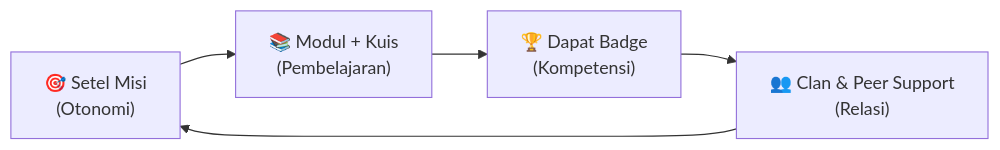
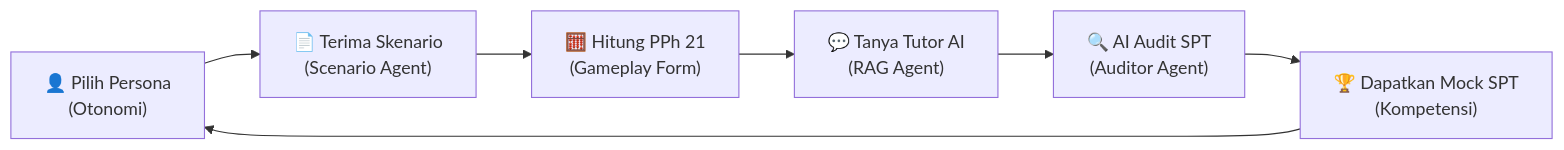
One commit to firdausmntp/TAXA changed the diagram in README.md. Above: the diagram before and after it, drawn with Mermaid. The commit also changed other lines of this file and 7 other files, not shown here.

Commit message:
feat: initialize project documentation and architecture standards

````diff
--- a/README.md
+++ b/README.md
@@ -53,7 +53,9 @@
 ```mermaid
 flowchart LR
-    A["🎯 Setel Misi\n(Otonomi)"] --> B["📚 Modul + Kuis\n(Pembelajaran)"]
-    B --> C["🏆 Dapat Badge\n(Kompetensi)"]
-    C --> D["👥 Clan & Peer Support\n(Relasi)"]
-    D --> A
+    A["👤 Pilih Persona\n(Otonomi)"] --> B["📄 Terima Skenario\n(Scenario Agent)"]
+    B --> C["🧮 Hitung PPh 21\n(Gameplay Form)"]
+    C --> D["💬 Tanya Tutor AI\n(RAG Agent)"]
+    D --> E["🔍 AI Audit SPT\n(Auditor Agent)"]
+    E --> F["🏆 Dapatkan Mock SPT\n(Kompetensi)"]
+    F --> A
 ```
````
